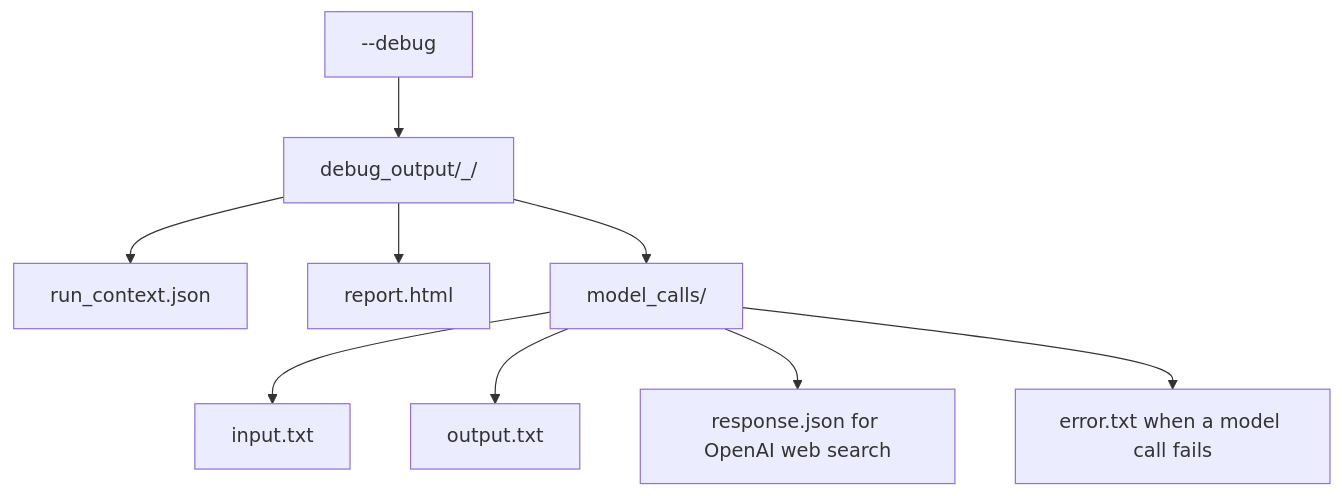
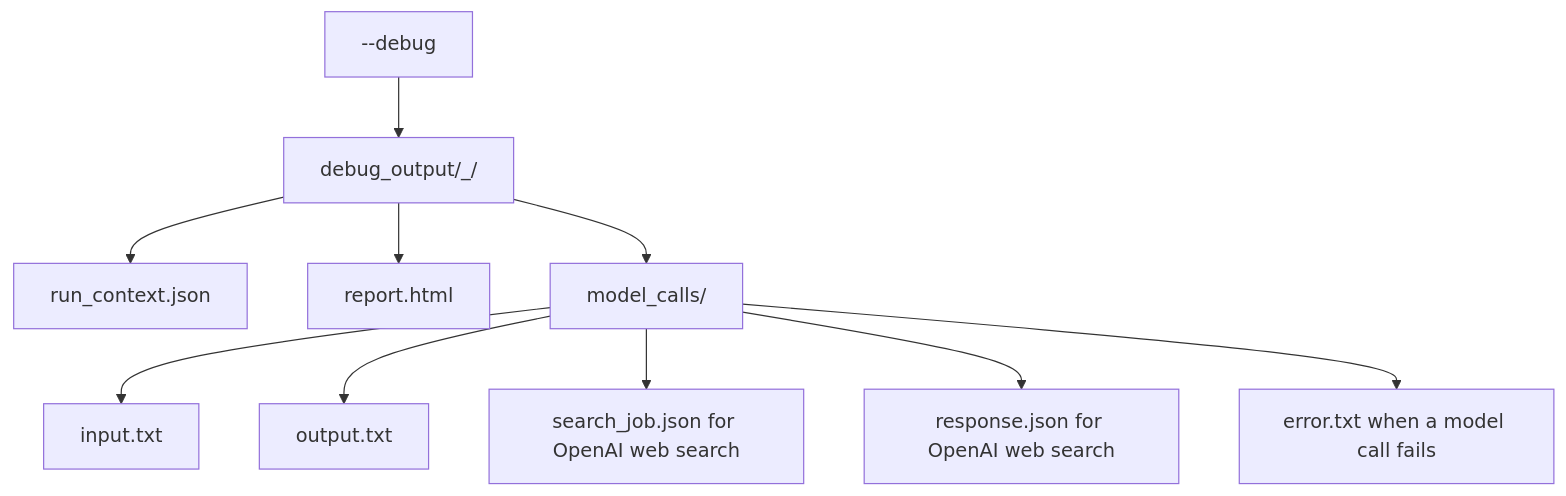
The fifth of 5 diagrams in docs/ARCHITECTURE.md (mouak-ayoub/news_agent), drawn with Mermaid before and after one commit. The commit also changed other lines of this file and 16 other files, not shown here.

````diff
--- a/docs/ARCHITECTURE.md
+++ b/docs/ARCHITECTURE.md
@@ -165,11 +169,12 @@
 ```mermaid
 flowchart TD
     Run["--debug"] --> Folder["debug_output/<timestamp>_<query>/"]
     Folder --> Context["run_context.json"]
     Folder --> Report["report.html"]
     Folder --> Calls["model_calls/"]
     Calls --> In["input.txt"]
     Calls --> Out["output.txt"]
+    Calls --> Job["search_job.json for OpenAI web search"]
     Calls --> Resp["response.json for OpenAI web search"]
     Calls --> Err["error.txt when a model call fails"]
 ```
````
